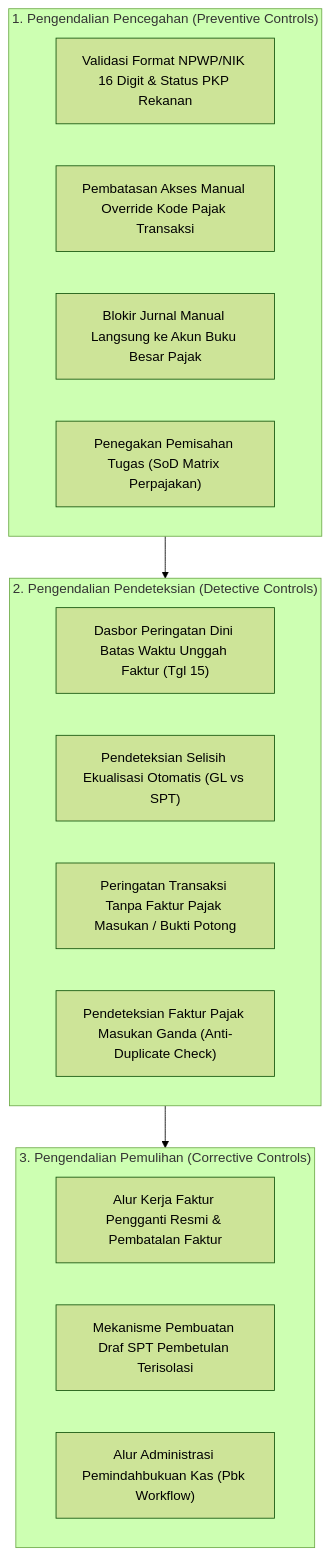
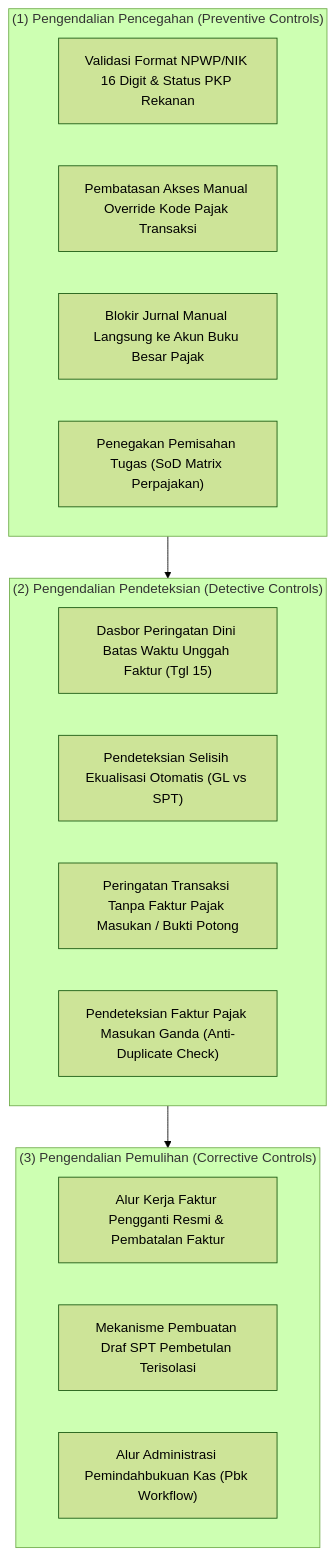
The diagram in content/11-tax/tax-controls-audit-and-compliance.md (alimurrofid/erp-notes), drawn with Mermaid (forest theme) before and after one commit. The commit also changed 132 other files, not shown here.

````diff
--- a/content/11-tax/tax-controls-audit-and-compliance.md
+++ b/content/11-tax/tax-controls-audit-and-compliance.md
@@ -29,24 +29,24 @@
 ```mermaid
 flowchart TD
-    subgraph Preventive["1. Pengendalian Pencegahan (Preventive Controls)"]
+    subgraph Preventive["(1) Pengendalian Pencegahan (Preventive Controls)"]
         P1["Validasi Format NPWP/NIK 16 Digit & Status PKP Rekanan"]
         P2["Pembatasan Akses Manual Override Kode Pajak Transaksi"]
         P3["Blokir Jurnal Manual Langsung ke Akun Buku Besar Pajak"]
         P4["Penegakan Pemisahan Tugas (SoD Matrix Perpajakan)"]
     end
 
-    subgraph Detective["2. Pengendalian Pendeteksian (Detective Controls)"]
+    subgraph Detective["(2) Pengendalian Pendeteksian (Detective Controls)"]
         D1["Dasbor Peringatan Dini Batas Waktu Unggah Faktur (Tgl 15)"]
         D2["Pendeteksian Selisih Ekualisasi Otomatis (GL vs SPT)"]
         D3["Peringatan Transaksi Tanpa Faktur Pajak Masukan / Bukti Potong"]
         D4["Pendeteksian Faktur Pajak Masukan Ganda (Anti-Duplicate Check)"]
     end
 
-    subgraph Corrective["3. Pengendalian Pemulihan (Corrective Controls)"]
+    subgraph Corrective["(3) Pengendalian Pemulihan (Corrective Controls)"]
         C1["Alur Kerja Faktur Pengganti Resmi & Pembatalan Faktur"]
         C2["Mekanisme Pembuatan Draf SPT Pembetulan Terisolasi"]
         C3["Alur Administrasi Pemindahbukuan Kas (Pbk Workflow)"]
     end
 
     Preventive --> Detective --> Corrective
 ```
````
